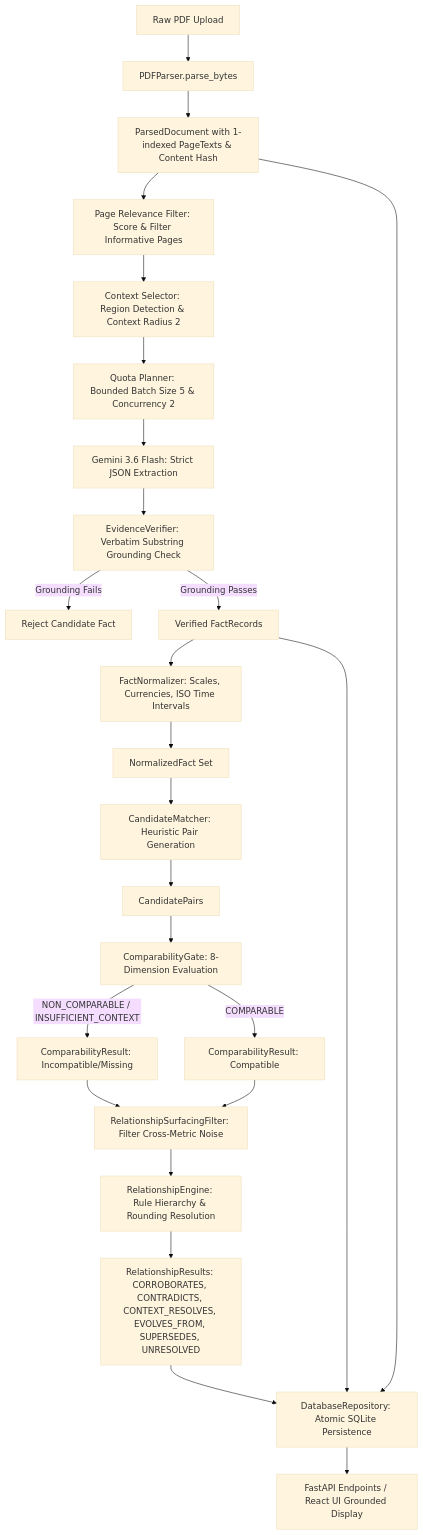
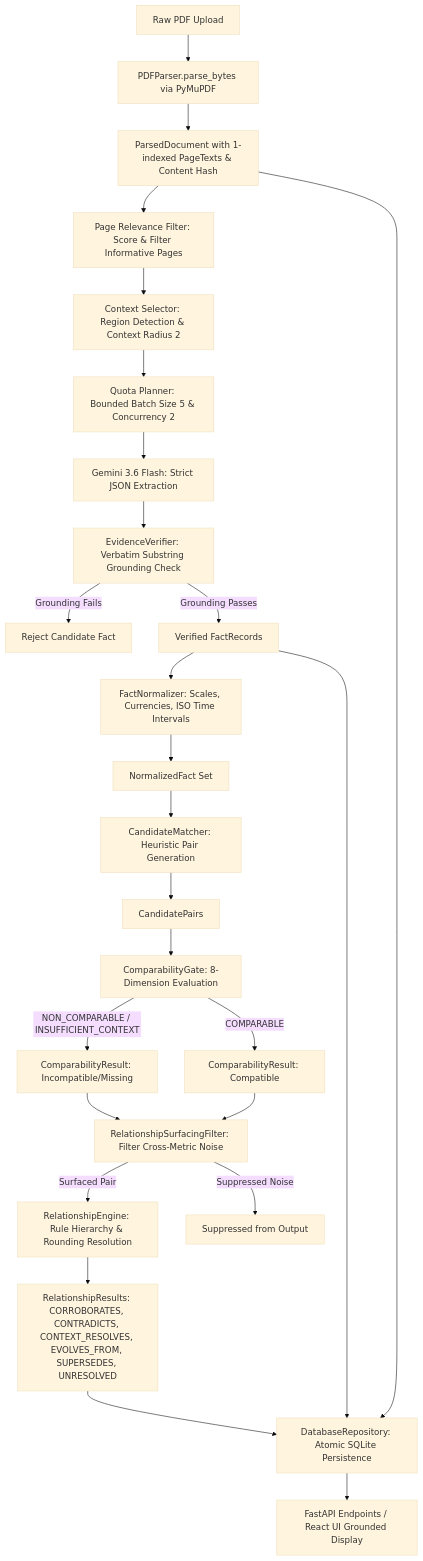
Before and after one commit to VaishnavSreekumar/FACTLINE: the second of 8 diagrams in docs/architecture.md, drawn with Mermaid (base theme). The commit also changed other lines of this file and 1 other file, not shown here.

Commit message:
docs: complete final documentation fact-check, update 8 comparability dimensions, PyMuPDF dependency, and validate all 13 Mermaid diagrams

````diff
--- a/docs/architecture.md
+++ b/docs/architecture.md
@@ -78,33 +78,34 @@
 ```mermaid
 flowchart TD
-    A[Raw PDF Upload] --> B[PDFParser.parse_bytes]
+    A[Raw PDF Upload] --> B[PDFParser.parse_bytes via PyMuPDF]
     B --> C[ParsedDocument with 1-indexed PageTexts & Content Hash]
     C --> D[Page Relevance Filter: Score & Filter Informative Pages]
     D --> E[Context Selector: Region Detection & Context Radius 2]
     E --> F[Quota Planner: Bounded Batch Size 5 & Concurrency 2]
     F --> G[Gemini 3.6 Flash: Strict JSON Extraction]
     G --> H[EvidenceVerifier: Verbatim Substring Grounding Check]
     
     H -- Grounding Fails --> X1[Reject Candidate Fact]
     H -- Grounding Passes --> I[Verified FactRecords]
     
     I --> J[FactNormalizer: Scales, Currencies, ISO Time Intervals]
     J --> K[NormalizedFact Set]
     K --> L[CandidateMatcher: Heuristic Pair Generation]
     L --> M[CandidatePairs]
     
     M --> N[ComparabilityGate: 8-Dimension Evaluation]
     N -->|NON_COMPARABLE / INSUFFICIENT_CONTEXT| O1[ComparabilityResult: Incompatible/Missing]
     N -->|COMPARABLE| O2[ComparabilityResult: Compatible]
     
     O1 --> P[RelationshipSurfacingFilter: Filter Cross-Metric Noise]
     O2 --> P
     
-    P --> Q[RelationshipEngine: Rule Hierarchy & Rounding Resolution]
+    P -->|Surfaced Pair| Q[RelationshipEngine: Rule Hierarchy & Rounding Resolution]
+    P -->|Suppressed Noise| S1[Suppressed from Output]
     Q --> R[RelationshipResults: CORROBORATES, CONTRADICTS, CONTEXT_RESOLVES, EVOLVES_FROM, SUPERSEDES, UNRESOLVED]
     
     R --> S[DatabaseRepository: Atomic SQLite Persistence]
     I --> S
     C --> S
     S --> T[FastAPI Endpoints / React UI Grounded Display]
 ```
````
